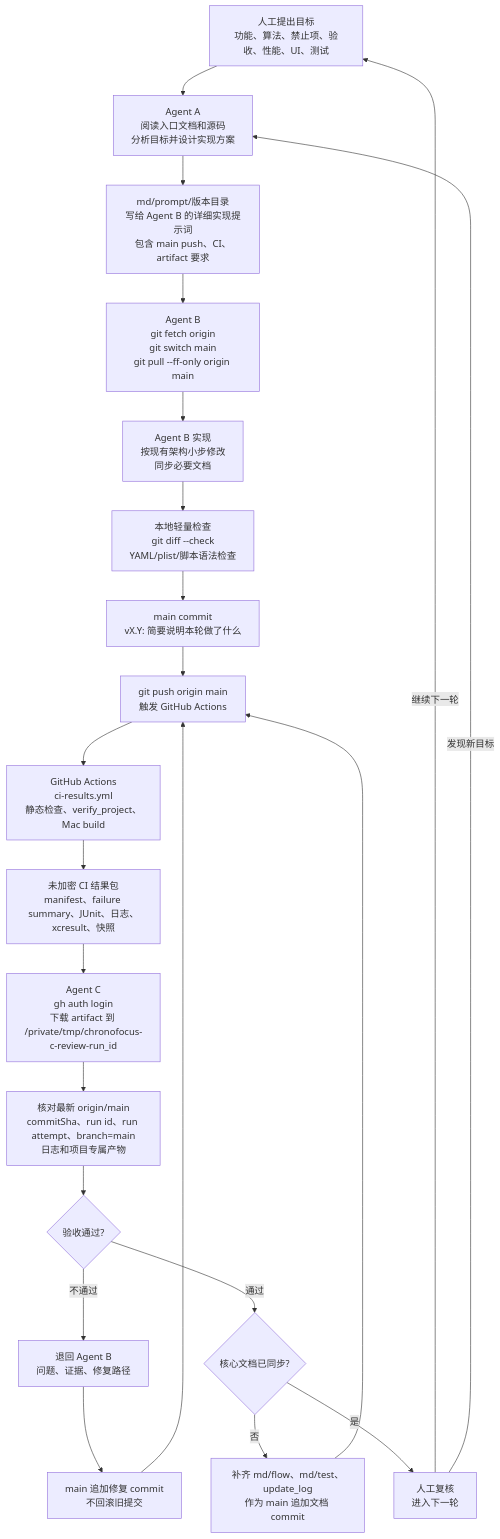
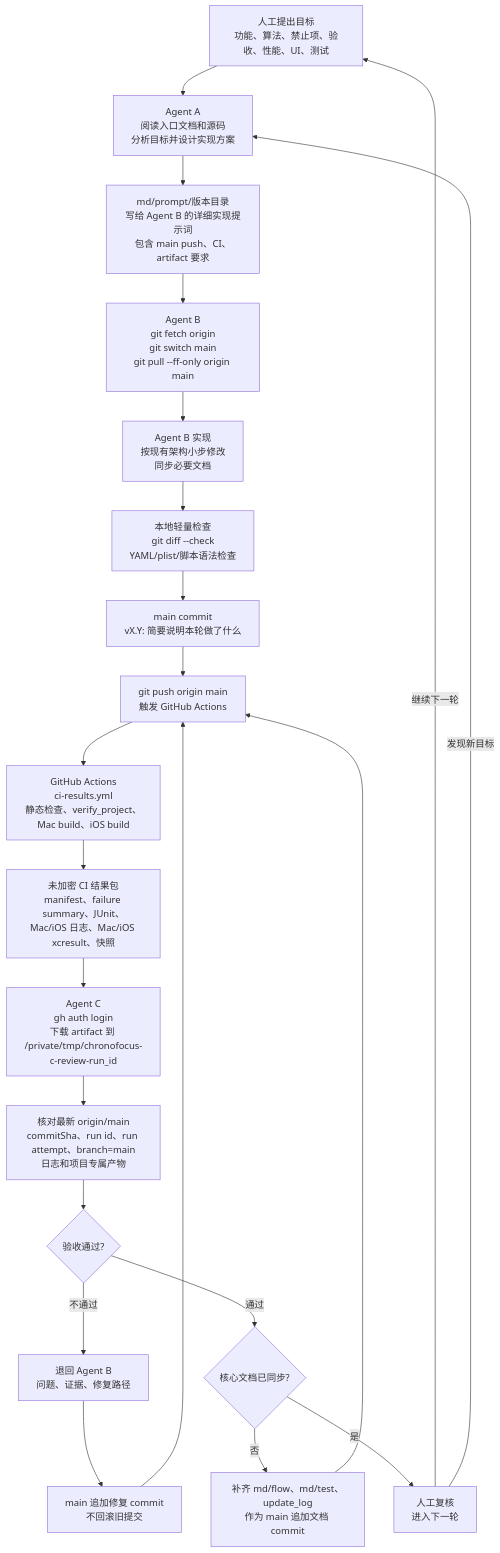
The fifth of 5 diagrams in md/flow/flowchart.md (Altman-sam114/114), drawn with Mermaid before and after one commit. The commit also changed other lines of this file and 12 other files, not shown here.

````diff
--- a/md/flow/flowchart.md
+++ b/md/flow/flowchart.md
@@ -97,24 +101,24 @@
 ```mermaid
 flowchart TD
   H["人工提出目标<br/>功能、算法、禁止项、验收、性能、UI、测试"] --> A["Agent A<br/>阅读入口文档和源码<br/>分析目标并设计实现方案"]
   A --> P["md/prompt/版本目录<br/>写给 Agent B 的详细实现提示词<br/>包含 main push、CI、artifact 要求"]
   P --> B0["Agent B<br/>git fetch origin<br/>git switch main<br/>git pull --ff-only origin main"]
   B0 --> B1["Agent B 实现<br/>按现有架构小步修改<br/>同步必要文档"]
   B1 --> L["本地轻量检查<br/>git diff --check<br/>YAML/plist/脚本语法检查"]
   L --> G["main commit<br/>vX.Y: 简要说明本轮做了什么"]
   G --> PUSH["git push origin main<br/>触发 GitHub Actions"]
-  PUSH --> CI["GitHub Actions<br/>ci-results.yml<br/>静态检查、verify_project、Mac build"]
-  CI --> ART["未加密 CI 结果包<br/>manifest、failure summary、JUnit、日志、xcresult、快照"]
+  PUSH --> CI["GitHub Actions<br/>ci-results.yml<br/>静态检查、verify_project、Mac build、iOS build"]
+  CI --> ART["未加密 CI 结果包<br/>manifest、failure summary、JUnit、Mac/iOS 日志、Mac/iOS xcresult、快照"]
   ART --> C["Agent C<br/>gh auth login<br/>下载 artifact 到 /private/tmp/chronofocus-c-review-run_id"]
   C --> V["核对最新 origin/main<br/>commitSha、run id、run attempt、branch=main<br/>日志和项目专属产物"]
   V --> PASS{"验收通过?"}
   PASS -->|不通过| BACK["退回 Agent B<br/>问题、证据、修复路径"]
   BACK --> FIX["main 追加修复 commit<br/>不回滚旧提交"]
   FIX --> PUSH
   PASS -->|通过| DOC{"核心文档已同步?"}
   DOC -->|否| D["补齐 md/flow、md/test、update_log<br/>作为 main 追加文档 commit"]
   D --> PUSH
   DOC -->|是| J["人工复核<br/>进入下一轮"]
   J -->|继续下一轮| H
   J -->|发现新目标| A
 ```
````
